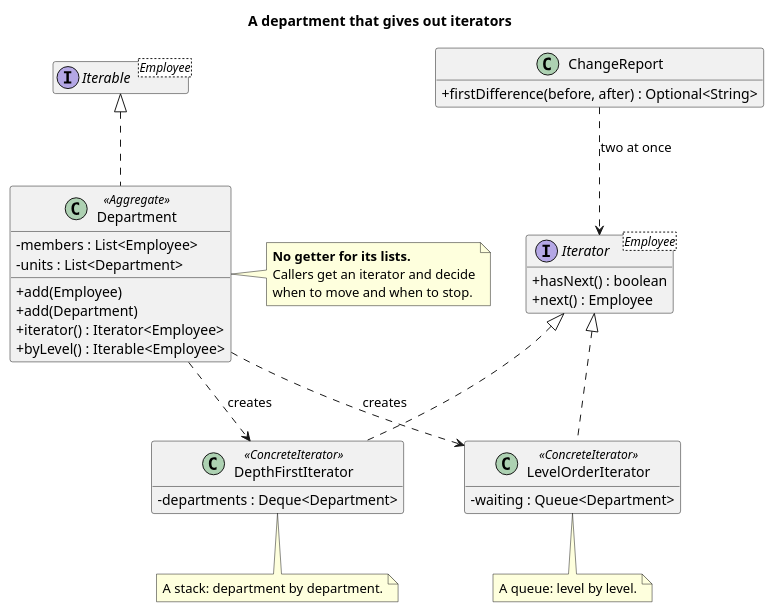
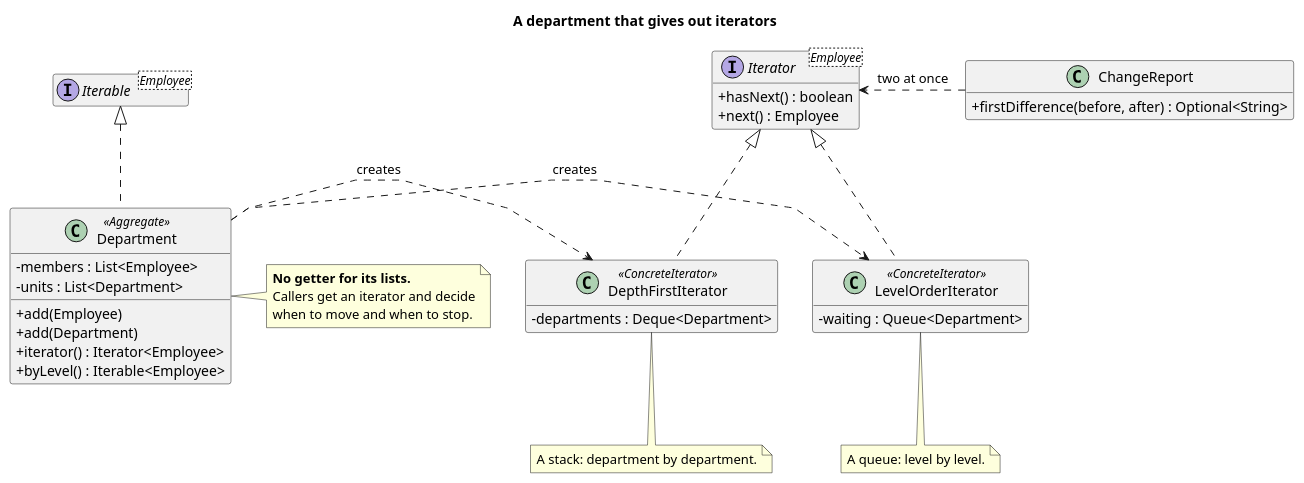
The diagram in src/main/java/dev/kaldiroglu/dp/behavioral/iterator/orgchart/uml/Iterator - Org Chart (Solution) - Class Diagram.puml (kaldiroglu/DesignPatternsWithJava), drawn with PlantUML before and after one commit. The commit also changed 58 other files, not shown here.

Commit message:
Behavioral diagrams: each parent above and centered over its children, on one row, with straight lines; traffic CD.png shows the current design

```diff
--- a/src/main/java/dev/kaldiroglu/dp/behavioral/iterator/orgchart/uml/Iterator - Org Chart (Solution) - Class Diagram.puml
+++ b/src/main/java/dev/kaldiroglu/dp/behavioral/iterator/orgchart/uml/Iterator - Org Chart (Solution) - Class Diagram.puml
@@ -1,47 +1,48 @@
 @startuml "Iterator - Org Chart (Solution) - Class Diagram"
+skinparam linetype polyline
 skinparam classAttributeIconSize 0
 hide empty members
 title A department that gives out iterators
 
 interface "Iterable<Employee>" as Iterable
 interface "Iterator<Employee>" as Iterator {
   + hasNext() : boolean
   + next() : Employee
 }
 class Department <<Aggregate>> {
   - members : List<Employee>
   - units : List<Department>
   + add(Employee)
   + add(Department)
   + iterator() : Iterator<Employee>
   + byLevel() : Iterable<Employee>
 }
 class DepthFirstIterator <<ConcreteIterator>> {
   - departments : Deque<Department>
 }
 class LevelOrderIterator <<ConcreteIterator>> {
   - waiting : Queue<Department>
 }
 class ChangeReport {
   + firstDifference(before, after) : Optional<String>
 }
 
 Iterable <|.. Department
 Iterator <|.. DepthFirstIterator
 Iterator <|.. LevelOrderIterator
-Department ..> DepthFirstIterator : creates
-Department ..> LevelOrderIterator : creates
-ChangeReport ..> Iterator : two at once
 
 note right of Department
   <b>No getter for its lists.</b>
   Callers get an iterator and decide
   when to move and when to stop.
 end note
 note bottom of DepthFirstIterator
   A stack: department by department.
 end note
 note bottom of LevelOrderIterator
   A queue: level by level.
 end note
+Department .[norank].> DepthFirstIterator : creates
+Department .[norank].> LevelOrderIterator : creates
+ChangeReport .[norank].> Iterator : two at once
 @enduml
```
